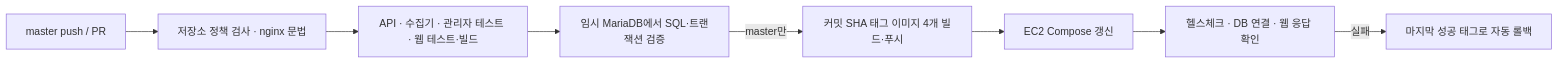
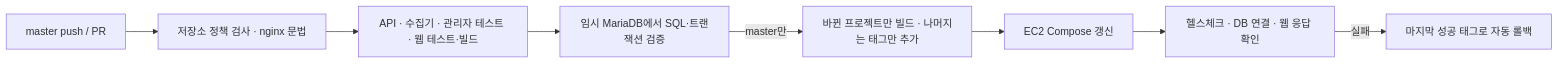
The second of 2 diagrams in README.md (hyunyoul1004/toady), drawn with Mermaid before and after one commit. The commit also changed other lines of this file and 4 other files, not shown here.

````diff
--- a/README.md
+++ b/README.md
@@ -128,10 +128,10 @@
 ```mermaid
 flowchart LR
     Push[master push / PR] --> Check[저장소 정책 검사 · nginx 문법]
     Check --> Test[API · 수집기 · 관리자 테스트 · 웹 테스트·빌드]
     Test --> Maria[임시 MariaDB에서 SQL·트랜잭션 검증]
-    Maria -->|master만| Image[커밋 SHA 태그 이미지 4개 빌드·푸시]
+    Maria -->|master만| Image[바뀐 프로젝트만 빌드 · 나머지는 태그만 추가]
     Image --> Deploy[EC2 Compose 갱신]
     Deploy --> Verify[헬스체크 · DB 연결 · 웹 응답 확인]
     Verify -->|실패| Rollback[마지막 성공 태그로 자동 롤백]
 ```
````
